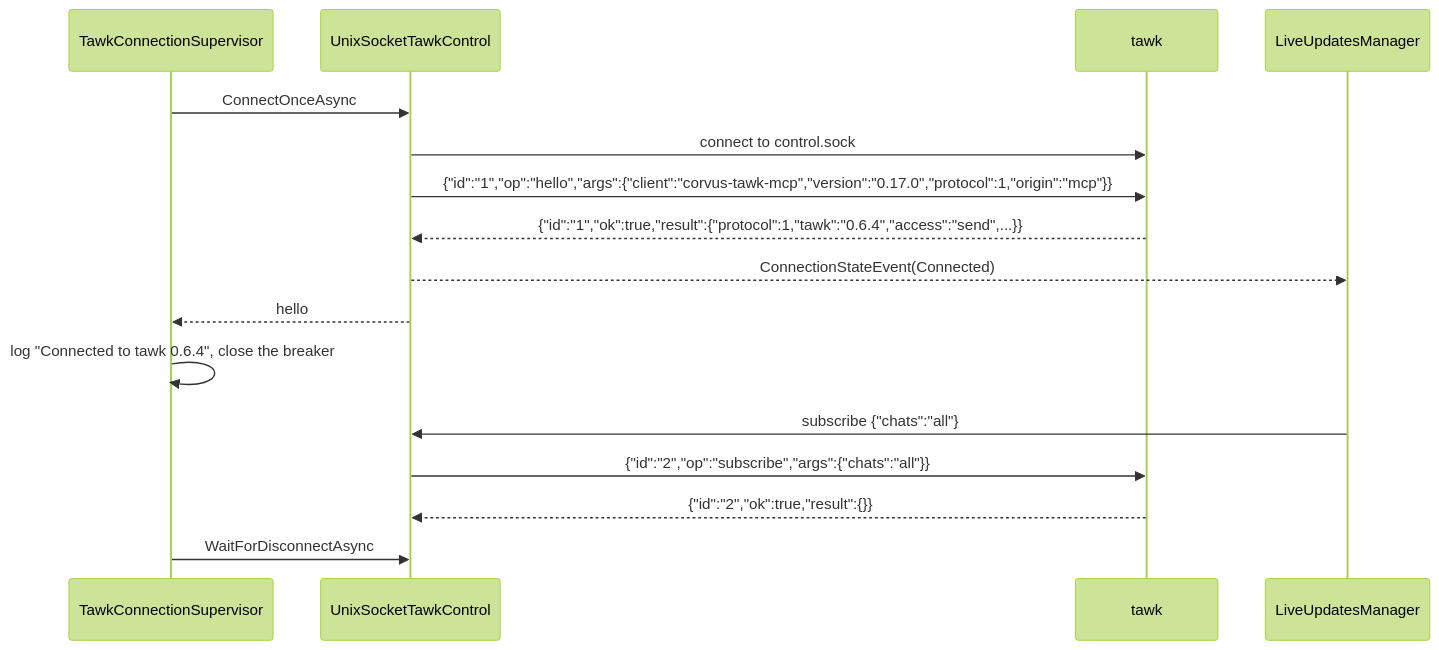
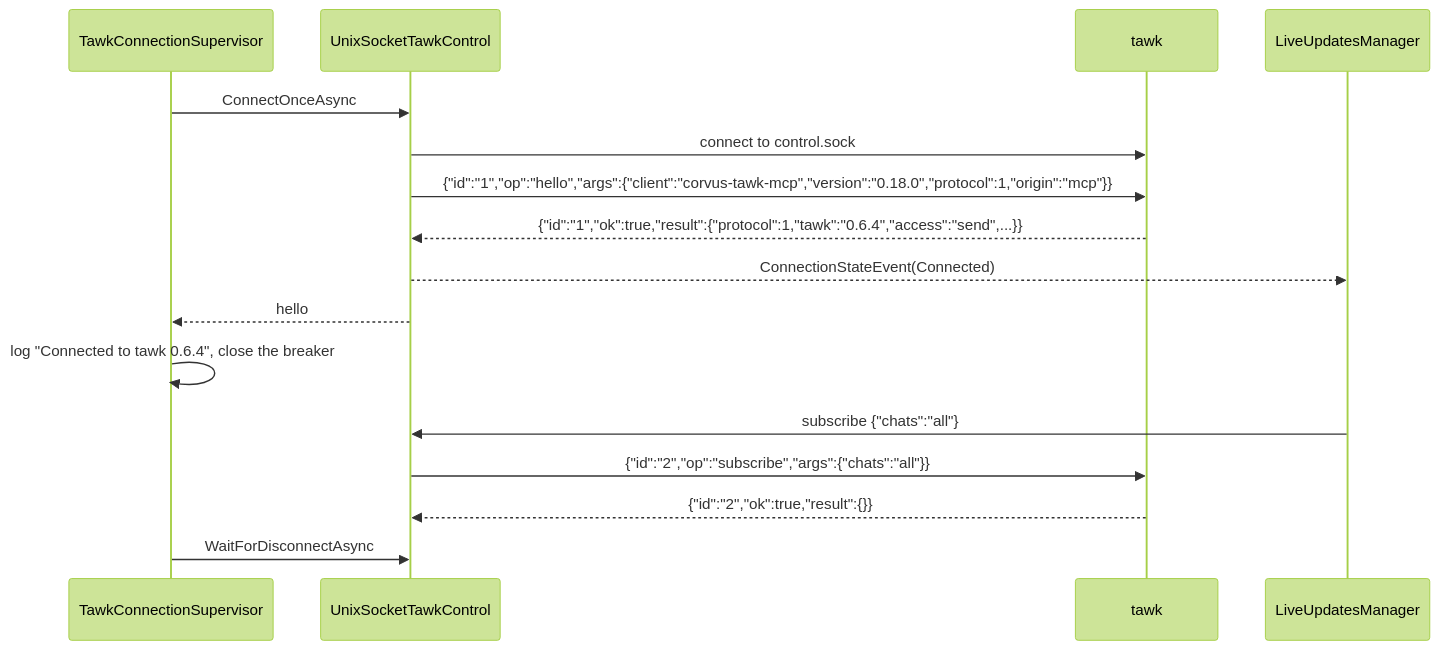
Before and after one commit to loganventer/Corvus.Mcp.Server.Tawk: the first of 14 diagrams in HOW_IT_WORKS.md, drawn with Mermaid (forest theme). The commit also changed 8 other files, not shown here.

````diff
--- a/HOW_IT_WORKS.md
+++ b/HOW_IT_WORKS.md
@@ -35,19 +35,19 @@
 ```mermaid
 sequenceDiagram
     participant S as TawkConnectionSupervisor
     participant C as UnixSocketTawkControl
     participant T as tawk
     participant L as LiveUpdatesManager
 
     S->>C: ConnectOnceAsync
     C->>T: connect to control.sock
-    C->>T: {"id":"1","op":"hello","args":{"client":"corvus-tawk-mcp","version":"0.17.0","protocol":1,"origin":"mcp"}}
+    C->>T: {"id":"1","op":"hello","args":{"client":"corvus-tawk-mcp","version":"0.18.0","protocol":1,"origin":"mcp"}}
     T-->>C: {"id":"1","ok":true,"result":{"protocol":1,"tawk":"0.6.4","access":"send",...}}
     C-->>L: ConnectionStateEvent(Connected)
     C-->>S: hello
     S->>S: log "Connected to tawk 0.6.4", close the breaker
     L->>C: subscribe {"chats":"all"}
     C->>T: {"id":"2","op":"subscribe","args":{"chats":"all"}}
     T-->>C: {"id":"2","ok":true,"result":{}}
     S->>C: WaitForDisconnectAsync
 ```
````
